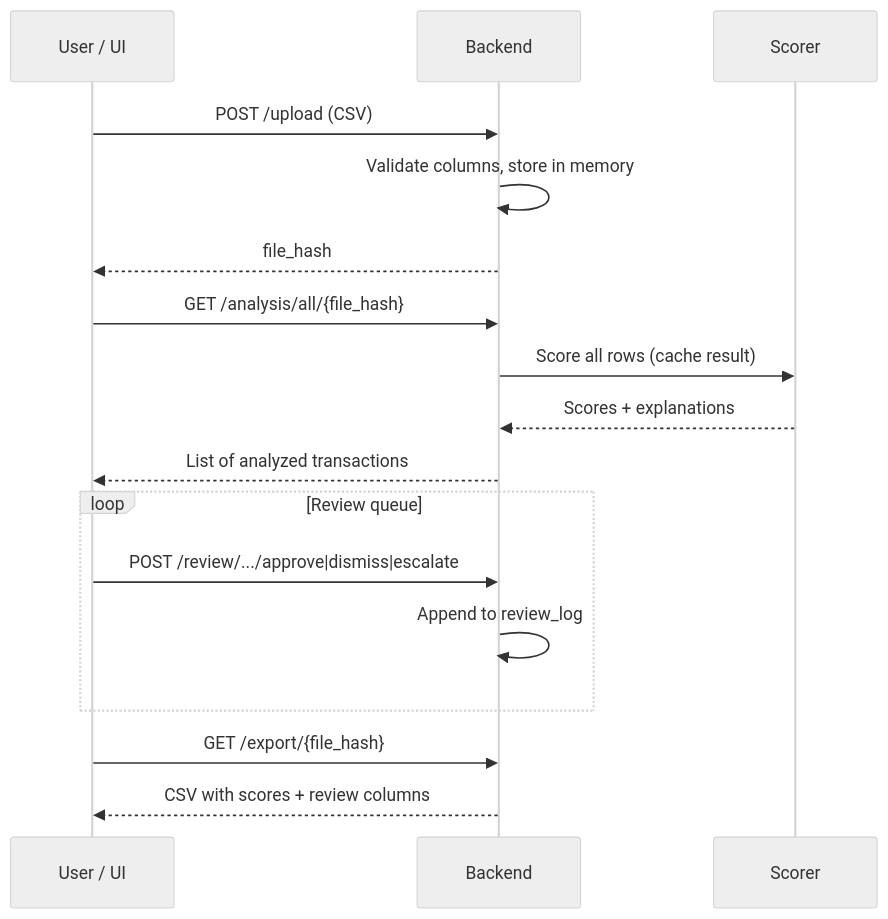
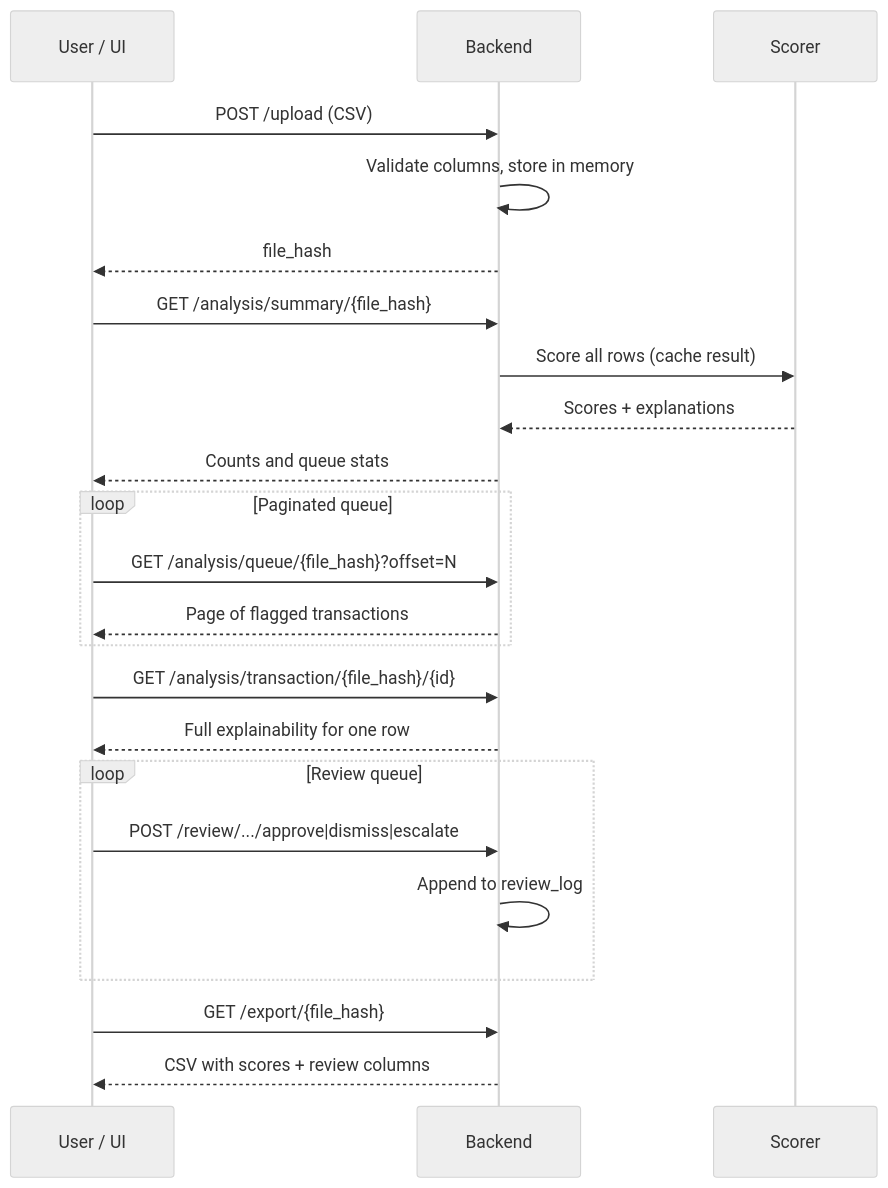
Before and after one commit to Benjamincf0/unfraud: the diagram in backend/docs/02-data-and-workflow.md, drawn with Mermaid (neutral theme). The commit also changed other lines of this file and 11 other files, not shown here.

````diff
--- a/backend/docs/02-data-and-workflow.md
+++ b/backend/docs/02-data-and-workflow.md
@@ -39,23 +39,31 @@
 ```mermaid
 sequenceDiagram
   participant U as User / UI
   participant B as Backend
   participant S as Scorer
 
   U->>B: POST /upload (CSV)
   B->>B: Validate columns, store in memory
   B-->>U: file_hash
 
-  U->>B: GET /analysis/all/{file_hash}
+  U->>B: GET /analysis/summary/{file_hash}
   B->>S: Score all rows (cache result)
   S-->>B: Scores + explanations
-  B-->>U: List of analyzed transactions
+  B-->>U: Counts and queue stats
+
+  loop Paginated queue
+    U->>B: GET /analysis/queue/{file_hash}?offset=N
+    B-->>U: Page of flagged transactions
+  end
+
+  U->>B: GET /analysis/transaction/{file_hash}/{id}
+  B-->>U: Full explainability for one row
 
   loop Review queue
     U->>B: POST /review/.../approve|dismiss|escalate
     B->>B: Append to review_log
   end
 
   U->>B: GET /export/{file_hash}
   B-->>U: CSV with scores + review columns
 ```
````
